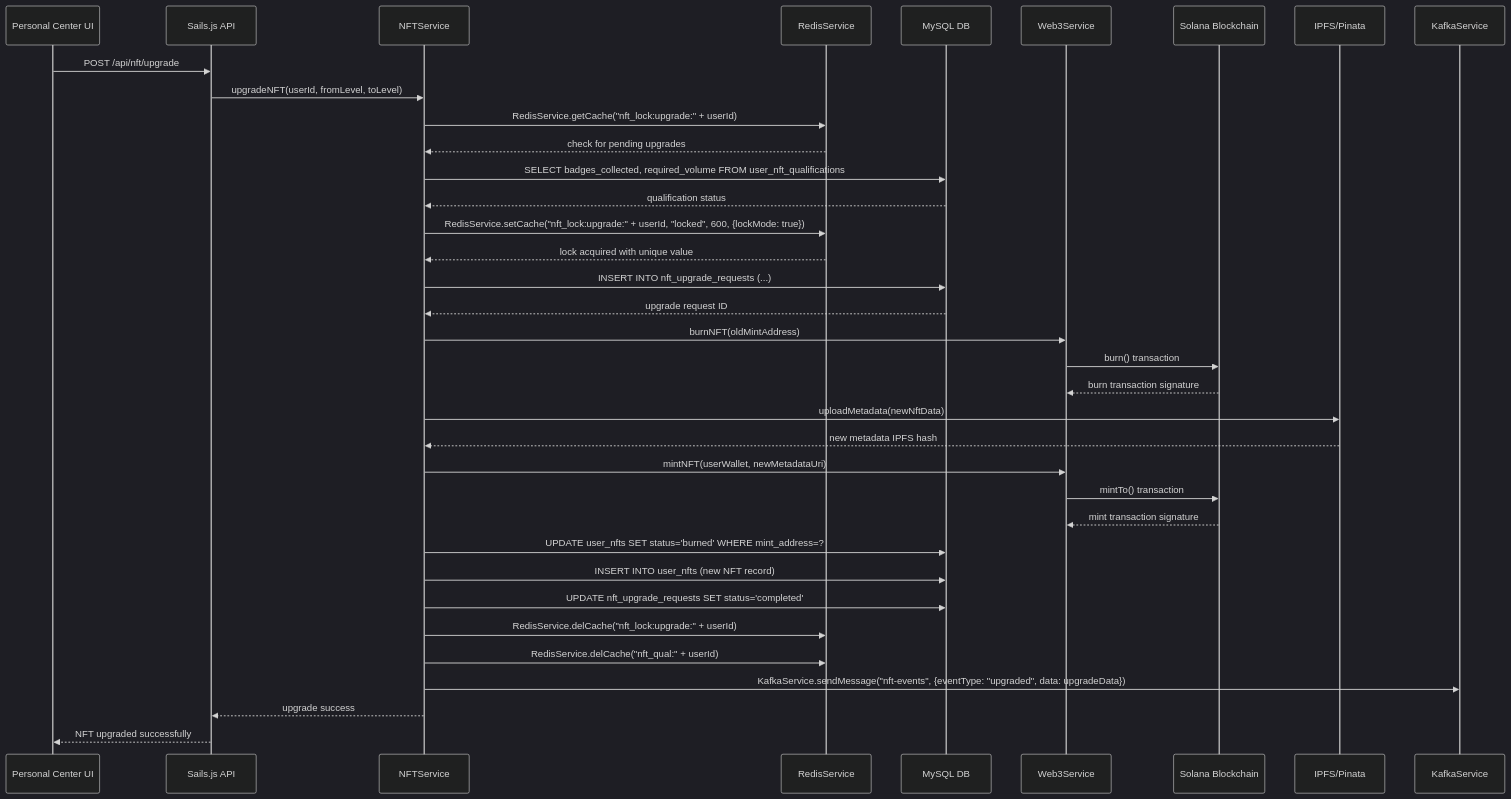
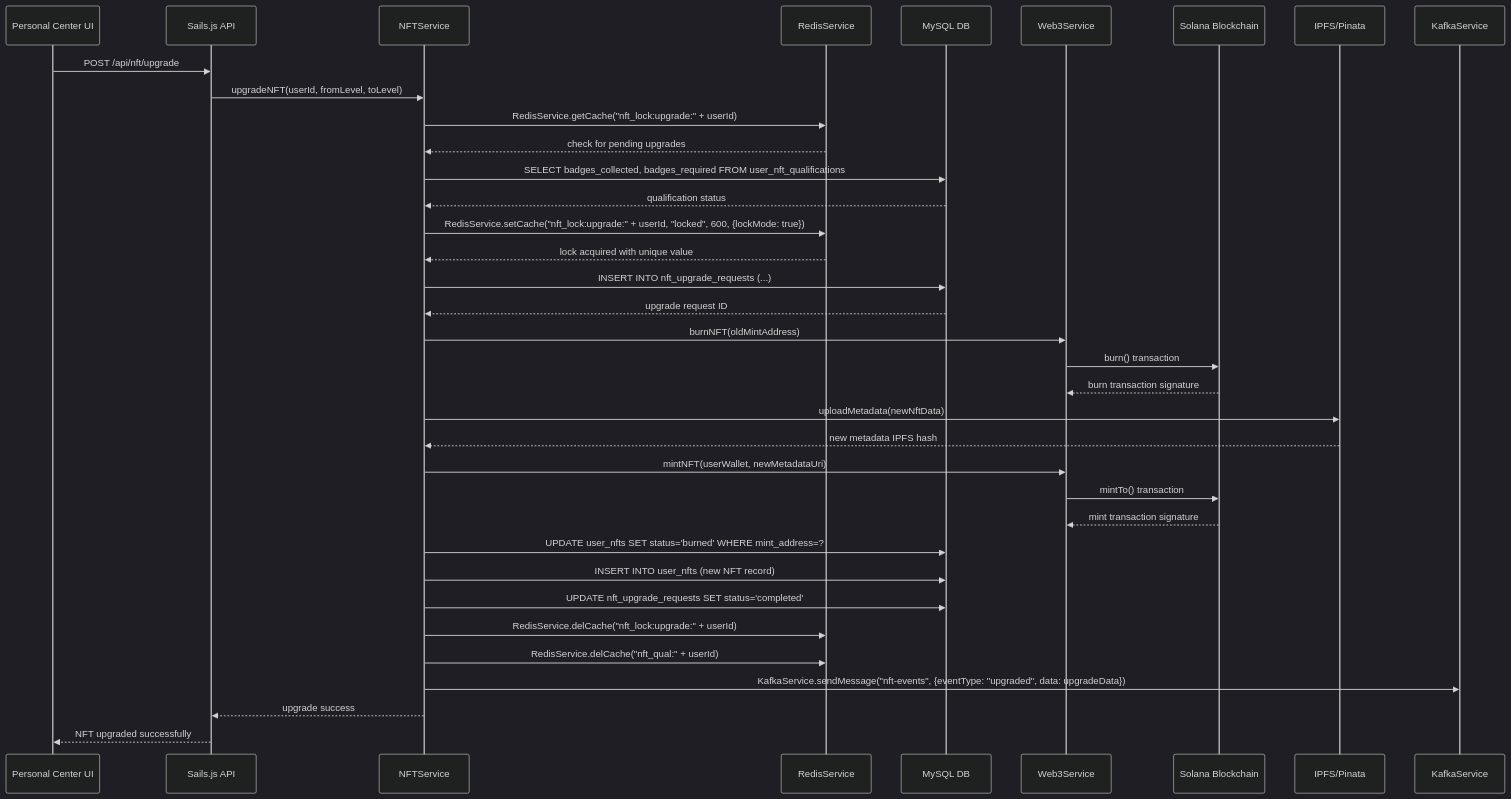
The fourth of 6 diagrams in docs/AIW3-NFT-System-Design.md (ljg-cqu/aiw3-nft-solana), drawn with Mermaid (dark theme) before and after one commit. The commit also changed other lines of this file and 1 other file, not shown here.

````diff
--- a/docs/AIW3-NFT-System-Design.md
+++ b/docs/AIW3-NFT-System-Design.md
@@ -285,57 +285,57 @@
 ```mermaid
 sequenceDiagram
     participant UI as Personal Center UI
     participant API as Sails.js API
     participant NFT as NFTService
     participant REDIS as RedisService
     participant MYSQL as MySQL DB
     participant WEB3 as Web3Service
     participant SOLANA as Solana Blockchain
     participant IPFS as IPFS/Pinata
     participant KAFKA as KafkaService
     
     UI->>API: POST /api/nft/upgrade
     API->>NFT: upgradeNFT(userId, fromLevel, toLevel)
     
     %% Verify upgrade eligibility using actual RedisService methods
     NFT->>REDIS: RedisService.getCache("nft_lock:upgrade:" + userId)
     REDIS-->>NFT: check for pending upgrades
     
-    NFT->>MYSQL: SELECT badges_collected, required_volume FROM user_nft_qualifications
+    NFT->>MYSQL: SELECT badges_collected, badges_required FROM user_nft_qualifications
     MYSQL-->>NFT: qualification status
     
     %% Set upgrade lock using RedisService with lock mode
     NFT->>REDIS: RedisService.setCache("nft_lock:upgrade:" + userId, "locked", 600, {lockMode: true})
     REDIS-->>NFT: lock acquired with unique value
     
     %% Create upgrade request record
     NFT->>MYSQL: INSERT INTO nft_upgrade_requests (...)
     MYSQL-->>NFT: upgrade request ID
     
     %% Burn old NFT
     NFT->>WEB3: burnNFT(oldMintAddress)
     WEB3->>SOLANA: burn() transaction
     SOLANA-->>WEB3: burn transaction signature
     
     %% Upload new metadata
     NFT->>IPFS: uploadMetadata(newNftData)
     IPFS-->>NFT: new metadata IPFS hash
     
     %% Mint new NFT
     NFT->>WEB3: mintNFT(userWallet, newMetadataUri)
     WEB3->>SOLANA: mintTo() transaction
     SOLANA-->>WEB3: mint transaction signature
     
     %% Update database records
     NFT->>MYSQL: UPDATE user_nfts SET status='burned' WHERE mint_address=?
     NFT->>MYSQL: INSERT INTO user_nfts (new NFT record)
     NFT->>MYSQL: UPDATE nft_upgrade_requests SET status='completed'
     
     %% Clear cache and publish event using actual service methods
     NFT->>REDIS: RedisService.delCache("nft_lock:upgrade:" + userId)
     NFT->>REDIS: RedisService.delCache("nft_qual:" + userId)
     NFT->>KAFKA: KafkaService.sendMessage("nft-events", {eventType: "upgraded", data: upgradeData})
     
     NFT-->>API: upgrade success
     API-->>UI: NFT upgraded successfully
 ```
````
